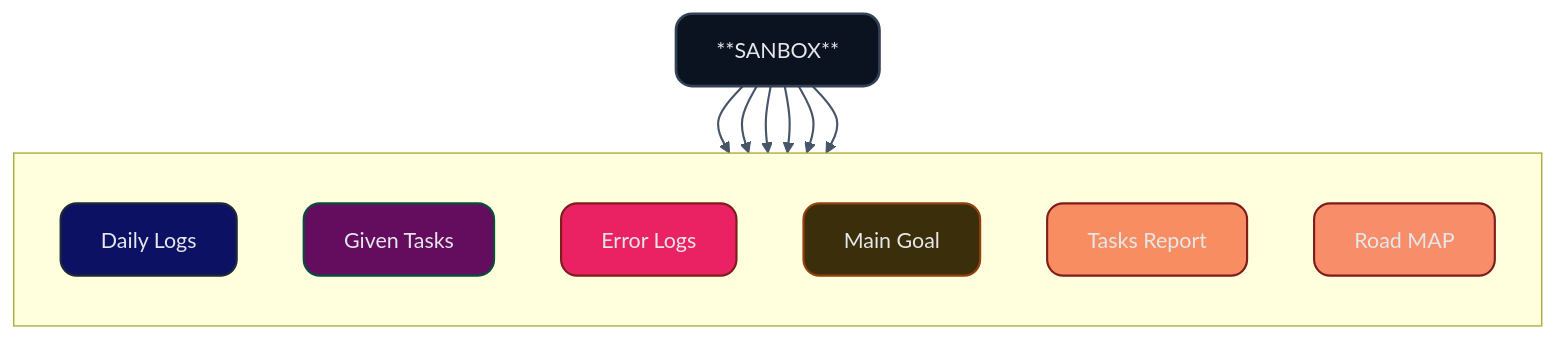
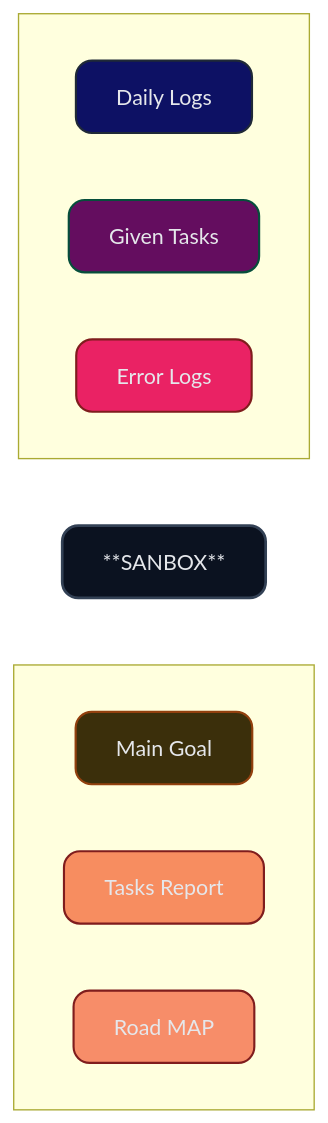
One commit to znach-lab/znach-lab changed the diagram in README.md. Above: the diagram before and after it, drawn with Mermaid.

````diff
--- a/README.md
+++ b/README.md
@@ -33,61 +33,67 @@
 ```mermaid
 %% Koyu tema + varsayılan renkler
 %% (İstersen 'fontFamily'ni değiştirebilirsin)
 %%{init: {'theme':'dark', 'themeVariables': {
   'primaryColor':'#0f172a',          /* arka plan baz */
   'primaryTextColor':'#e5e7eb',      /* yazı */
   'primaryBorderColor':'#334155',    /* kenar çizgisi */
   'lineColor':'#475569',
   'fontFamily':'Inter, ui-sans-serif, system-ui'
 }}}%%
 
-
-
 flowchart TD
     A["**SANBOX**"]
 
-    subgraph S1[ ]
-        direction TB
+    %% ÜSTTEKİ 3 KART (A'ya yukarıdan bağlanır)
+    subgraph TOP[ ]
+        direction LR
         DL["Daily Logs"]
         TS["Given Tasks"]
         EL["Error Logs"]
+    end
+
+    %% ALTTAKİ 3 KART (A'dan aşağıya bağlanır)
+    subgraph BOTTOM[ ]
+        direction LR
         AH["Main Goal"]
         TR["Tasks Report"]
         RM["Road MAP"]
     end
 
-    A --> DL
-    A --> TS
+    %% Yerleşimi belirleyen bağlantılar
+    DL --> A
+    TS --> A
+    EL --> A
+
     A --> AH
-    A --> EL
     A --> TR
     A --> RM
   
-    %% Tıklanabilir bağlantılar (kendi repo linklerinle değiştir)
+    %% Tıklanabilir bağlantılar
     click DL "https://github.com/znach-lab/lab-daily" "_blank"
     click TS "https://github.com/znach-lab/given-tasks" "_blank"
     click AH "https://github.com/znach-lab/main-goal" "_blank"
     click EL "https://github.com/znach-lab/error-logs" "_blank"
     click TR "https://github.com/znach-lab/task-reports" "_blank"
     click RM "https://github.com/znach-lab/roadmap" "_blank"
 
-
     %% Genel sınıflar (yuvarlatılmış köşe + daha kalın çizgi)
     classDef root fill:#0b1220,stroke:#334155,stroke-width:2px,color:#e5e7eb,rx:12,ry:12;
     classDef card fill:#111827,stroke:#374151,stroke-width:1.6px,color:#e5e7eb,rx:12,ry:12;
 
-    %% Kenar renkleri biraz daha belirgin
-    linkStyle default stroke:#475569,stroke-width:1.6px;
+    %% Ok/kenar renkleri (BEYAZ)
+    linkStyle default stroke:#ffffff,stroke-width:1.6px;
 
     %% Atamalar
     class A root
     class DL,TS,AH,EL,TR,RM card
 
-    %% Hafif vurgu istersen tek tek ton verebilirsin:
+    %% Vurgu renkleri (isteğe bağlı)
     style DL fill:#0D1164,stroke:#1f2937,color:#e5e7eb
     style TS fill:#640D5F,stroke:#064e3b,color:#e5e7eb
     style AH fill:#3b2f0b,stroke:#92400e,color:#e5e7eb
     style EL fill:#EA2264,stroke:#7f1d1d,color:#e5e7eb
     style TR fill:#F78D60,stroke:#7f1d1d,color:#e5e7eb
     style RM fill:#F78D69,stroke:#7f1d1d,color:#e5e7eb
+
 ```
````
